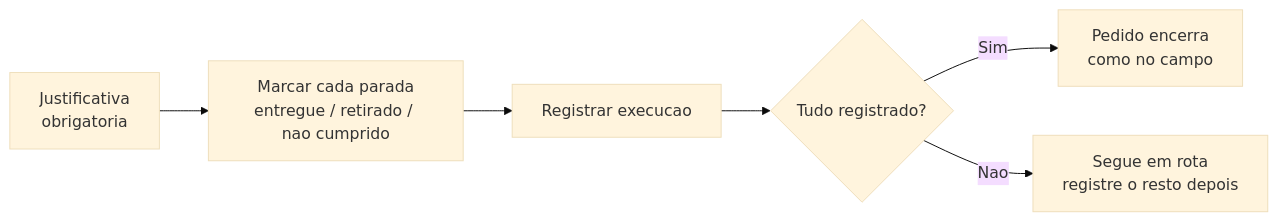
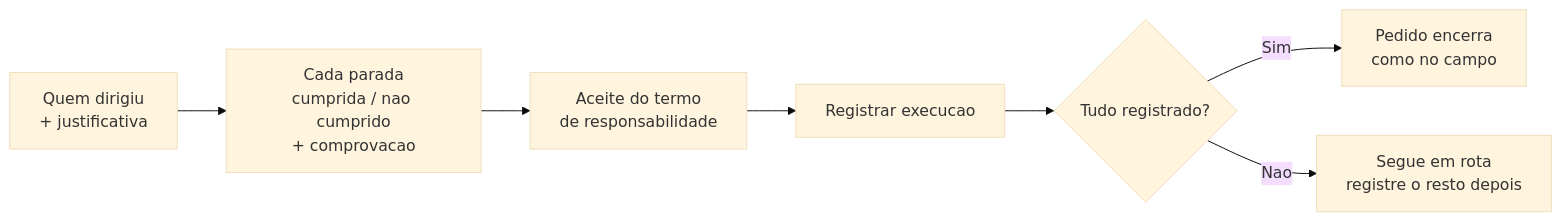
One commit to LocFlowTeam/locflow-docs changed the diagram in logistica/execucao-em-lote.md. Above: the diagram before and after it, drawn with Mermaid (base theme). The commit also changed other lines of this file and 10 other files, not shown here.

````diff
--- a/logistica/execucao-em-lote.md
+++ b/logistica/execucao-em-lote.md
@@ -53,8 +57,9 @@
 ```mermaid
 flowchart LR
-    JUST[Justificativa<br/>obrigatoria] --> PAR[Marcar cada parada<br/>entregue / retirado / nao cumprido]
-    PAR --> REG[Registrar execucao]
+    COND[Quem dirigiu<br/>+ justificativa] --> PAR[Cada parada<br/>cumprida / nao cumprido<br/>+ comprovacao]
+    PAR --> TERMO[Aceite do termo<br/>de responsabilidade]
+    TERMO --> REG[Registrar execucao]
     REG --> TUDO{Tudo registrado?}
     TUDO -->|Sim| FIM[Pedido encerra<br/>como no campo]
     TUDO -->|Nao| SEGUE[Segue em rota<br/>registre o resto depois]
 ```
````
